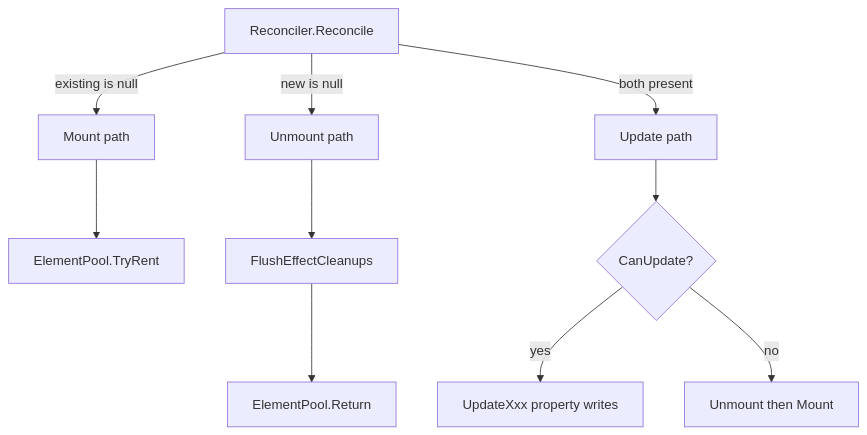
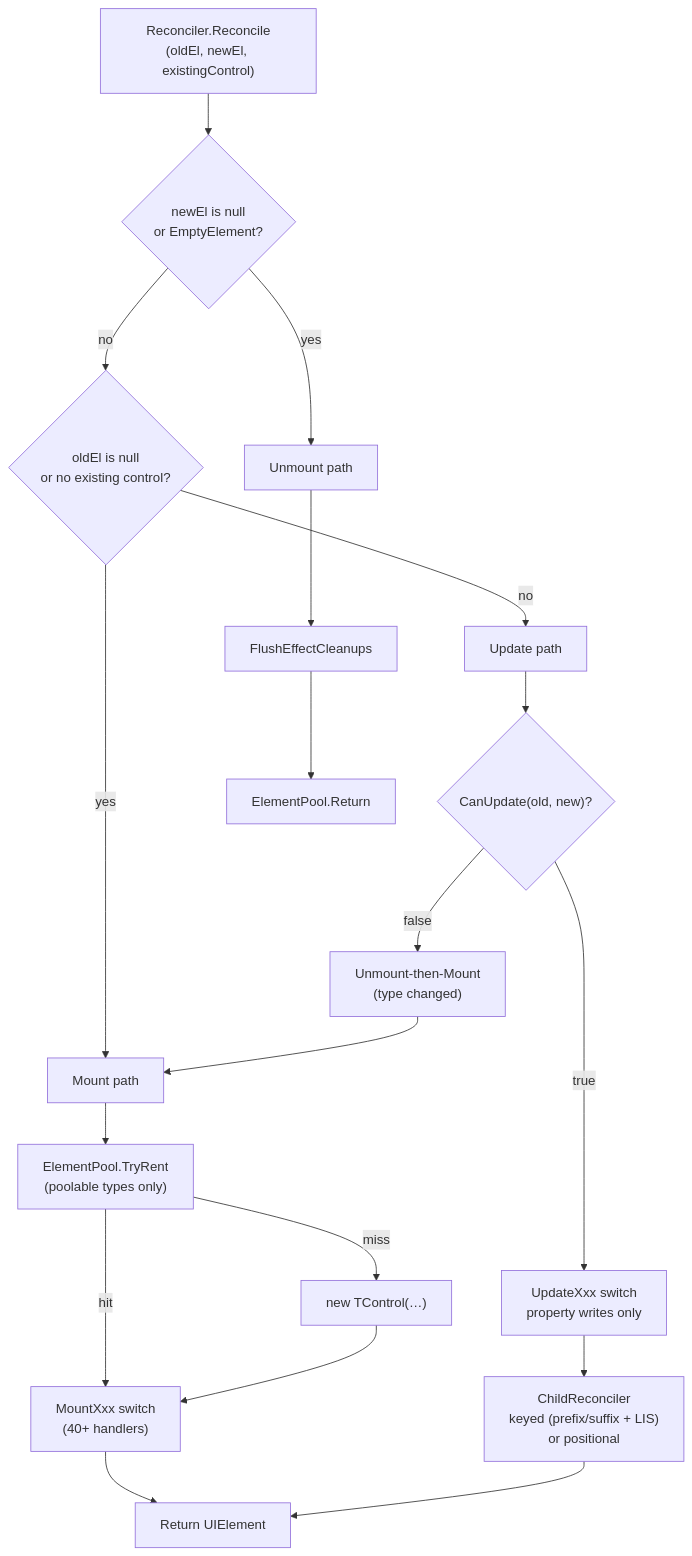
One commit to microsoft/microsoft-ui-reactor changed the diagram in docs/_pipeline/diagrams/reconciliation/mount-update-unmount.mmd. Above: the diagram before and after it, drawn with Mermaid. The commit also changed 4 other files, not shown here.

```diff
--- a/docs/_pipeline/diagrams/reconciliation/mount-update-unmount.mmd
+++ b/docs/_pipeline/diagrams/reconciliation/mount-update-unmount.mmd
@@ -1,14 +1,39 @@
-%% Phase 3.5 scaffold — the three reconciler phases. Author should
-%% expand each branch: Mount creates and rents from ElementPool;
-%% Update does CanUpdate / replace-or-patch; Unmount returns to pool
-%% and runs effect cleanups in reverse hook order.
+%% Reconciler tri-state dispatch — Mount / Update / Unmount. Default
+%% Mermaid palette renders legibly on both light and dark GitHub
+%% themes.
 flowchart TB
-    Entry[Reconciler.Reconcile] -->|new is null| Unmount[Unmount path]
-    Entry -->|existing is null| Mount[Mount path]
-    Entry -->|both present| Update[Update path]
-    Mount --> Pool1[ElementPool.TryRent]
-    Update --> CanUpdate{CanUpdate?}
-    CanUpdate -->|yes| Patch[UpdateXxx property writes]
-    CanUpdate -->|no| Remount[Unmount then Mount]
-    Unmount --> Cleanup[FlushEffectCleanups]
-    Cleanup --> Pool2[ElementPool.Return]
+    Entry["Reconciler.Reconcile<br/>(oldEl, newEl, existingControl)"]
+    NullNew{"newEl is null<br/>or EmptyElement?"}
+    NullOld{"oldEl is null<br/>or no existing control?"}
+    Unmount["Unmount path"]
+    Mount["Mount path"]
+    PoolRent["ElementPool.TryRent<br/>(poolable types only)"]
+    Alloc["new TControl(…)"]
+    MountSwitch["MountXxx switch<br/>(40+ handlers)"]
+    Update["Update path"]
+    CanUpdate{"CanUpdate(old, new)?"}
+    UpdateSwitch["UpdateXxx switch<br/>property writes only"]
+    Children["ChildReconciler<br/>keyed (prefix/suffix + LIS)<br/>or positional"]
+    Replace["Unmount-then-Mount<br/>(type changed)"]
+    Cleanup["FlushEffectCleanups"]
+    PoolReturn["ElementPool.Return"]
+    Done["Return UIElement"]
+
+    Entry --> NullNew
+    NullNew -- yes --> Unmount
+    NullNew -- no --> NullOld
+    NullOld -- yes --> Mount
+    NullOld -- no --> Update
+    Mount --> PoolRent
+    PoolRent -- hit --> MountSwitch
+    PoolRent -- miss --> Alloc
+    Alloc --> MountSwitch
+    MountSwitch --> Done
+    Update --> CanUpdate
+    CanUpdate -- true --> UpdateSwitch
+    UpdateSwitch --> Children
+    Children --> Done
+    CanUpdate -- false --> Replace
+    Replace --> Mount
+    Unmount --> Cleanup
+    Cleanup --> PoolReturn
```
